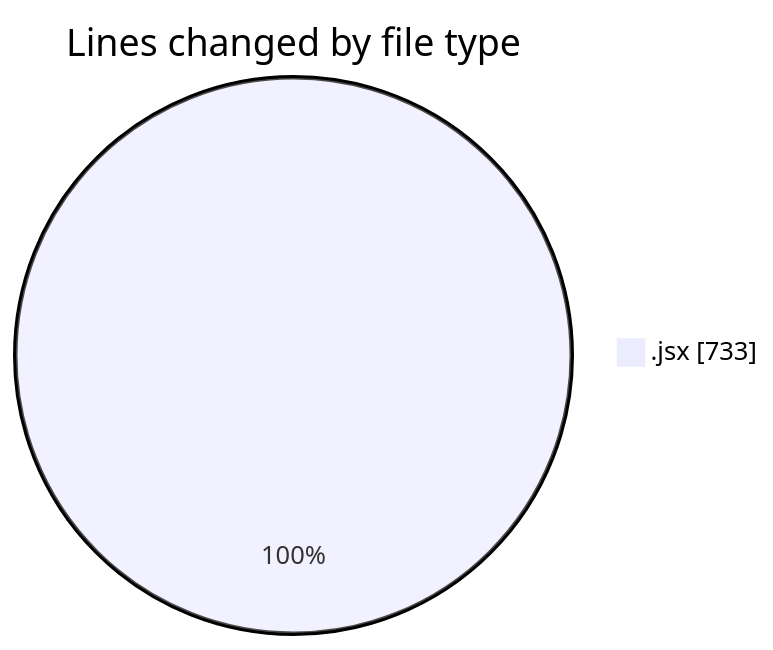
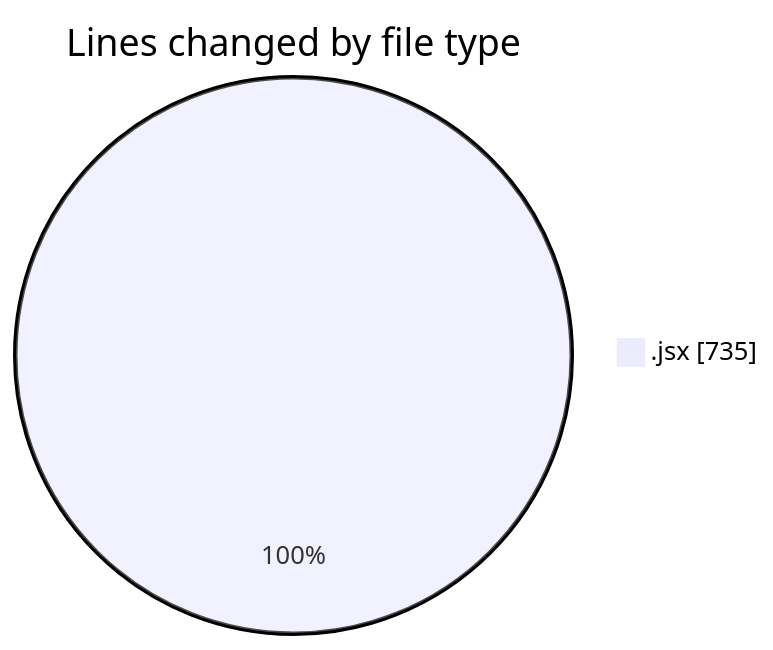
The first of 2 diagrams in 2025-05-09/argos-dev/README.md (nxtqubesakshisongat/code-tracking), drawn with Mermaid before and after one commit. The commit also changed other lines of this file and 1 other file, not shown here.

````diff
--- a/2025-05-09/argos-dev/README.md
+++ b/2025-05-09/argos-dev/README.md
@@ -21,5 +21,5 @@
 ```mermaid
 pie showData
 title Lines changed by file type
-".jsx" : 733
+".jsx" : 735
 ```
````
